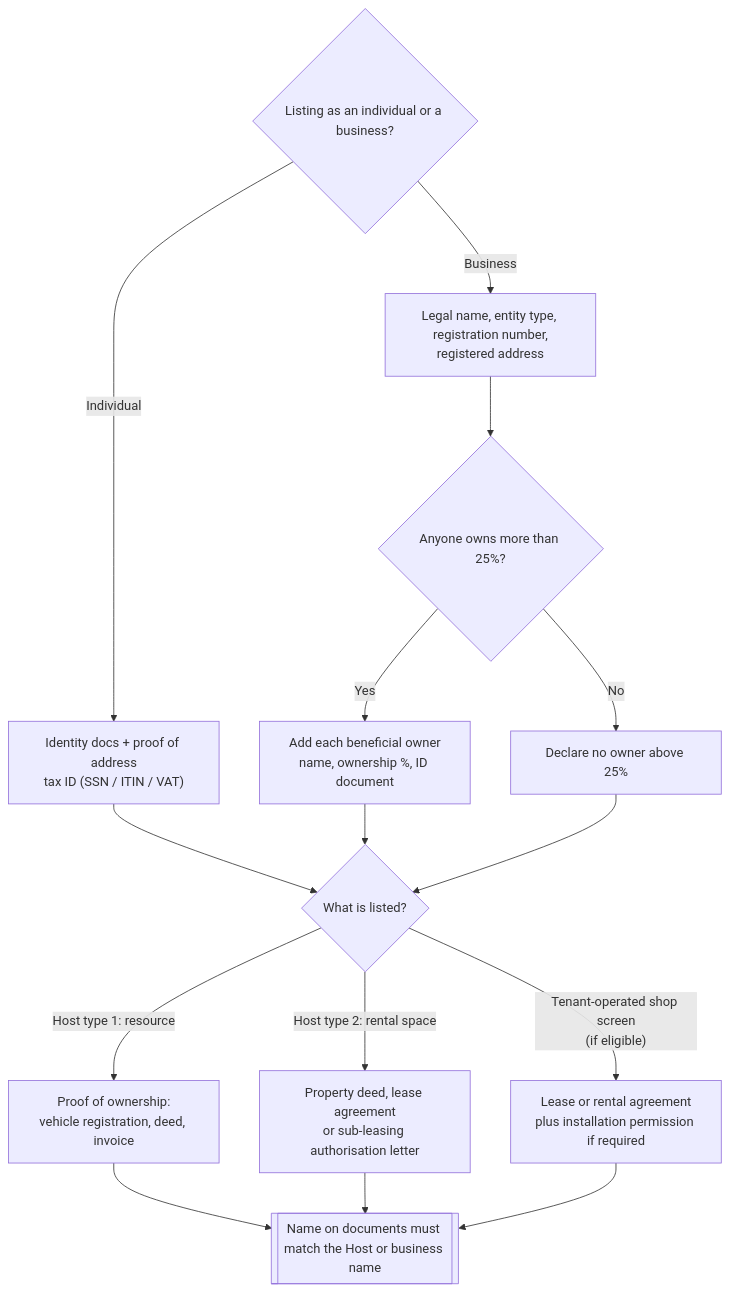
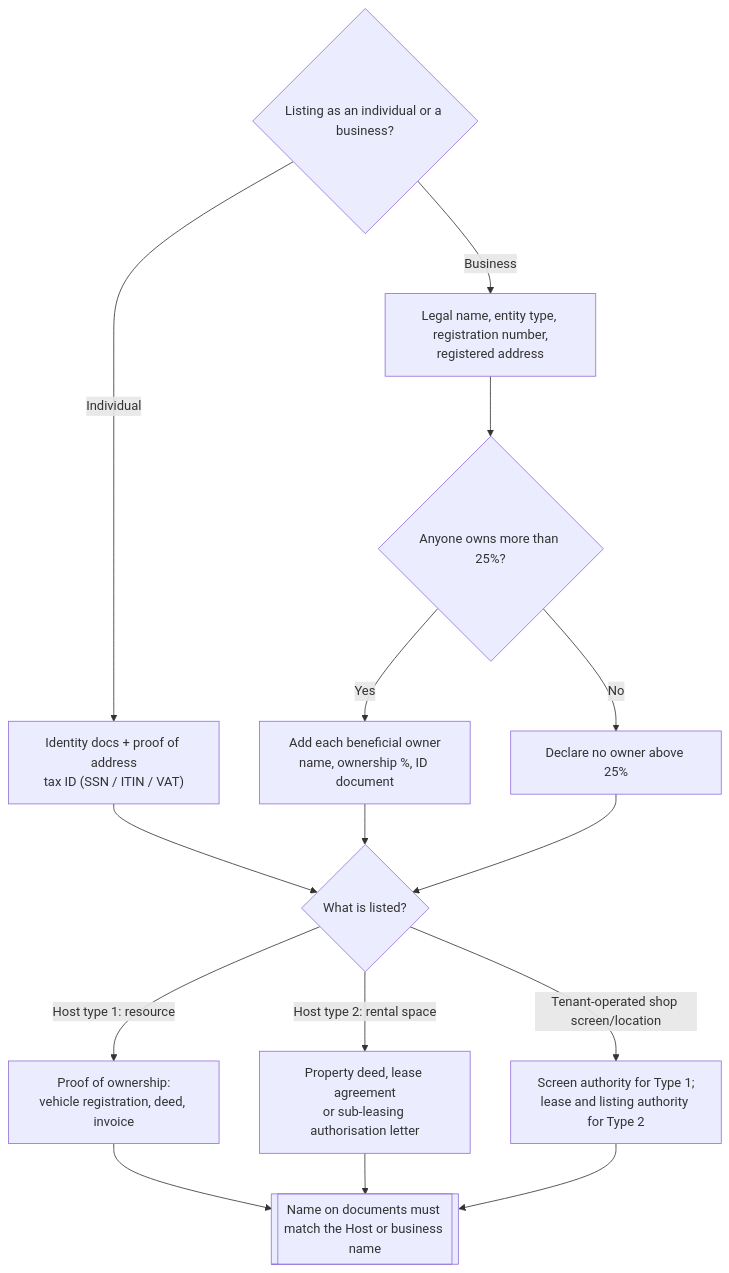
Before and after one commit to InstaAd/Engineering-Wiki: the fifth of 11 diagrams in Feature Documentation/User-Account-Host-Flow.md, drawn with Mermaid. The commit also changed other lines of this file and 11 other files, not shown here.

````diff
--- a/Feature Documentation/User-Account-Host-Flow.md
+++ b/Feature Documentation/User-Account-Host-Flow.md
@@ -215,18 +235,18 @@
 ```mermaid
 flowchart TD
     A{Listing as an individual or a business?} -- Individual --> I["Identity docs + proof of address<br/>tax ID (SSN / ITIN / VAT)"]
     A -- Business --> B["Legal name, entity type, registration number,<br/>registered address"]
     B --> BO{"Anyone owns more than 25%?"}
     BO -- Yes --> BO1["Add each beneficial owner<br/>name, ownership %, ID document"]
     BO -- No --> BO2["Declare no owner above 25%"]
     I --> P
     BO1 --> P
     BO2 --> P
     P{What is listed?}
     P -- "Host type 1: resource" --> P1["Proof of ownership:<br/>vehicle registration, deed, invoice"]
     P -- "Host type 2: rental space" --> P2["Property deed, lease agreement<br/>or sub-leasing authorisation letter"]
-    P -- "Tenant-operated shop screen<br/>(if eligible)" --> P3["Lease or rental agreement<br/>plus installation permission if required"]
+    P -- "Tenant-operated shop screen/location" --> P3["Screen authority for Type 1;<br/>lease and listing authority for Type 2"]
     P1 --> N[["Name on documents must match the Host or business name"]]
     P2 --> N
     P3 --> N
 ```
````
